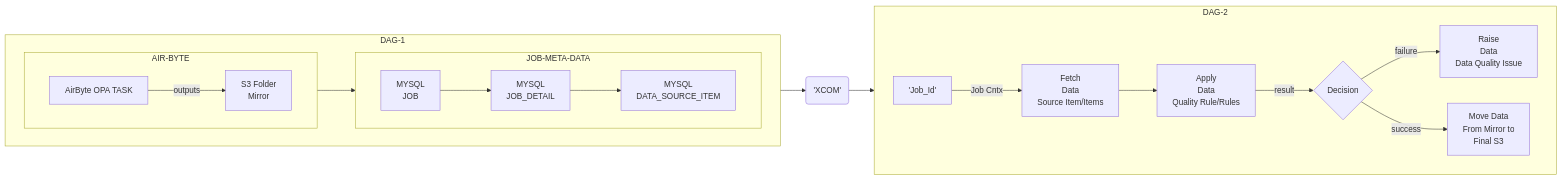
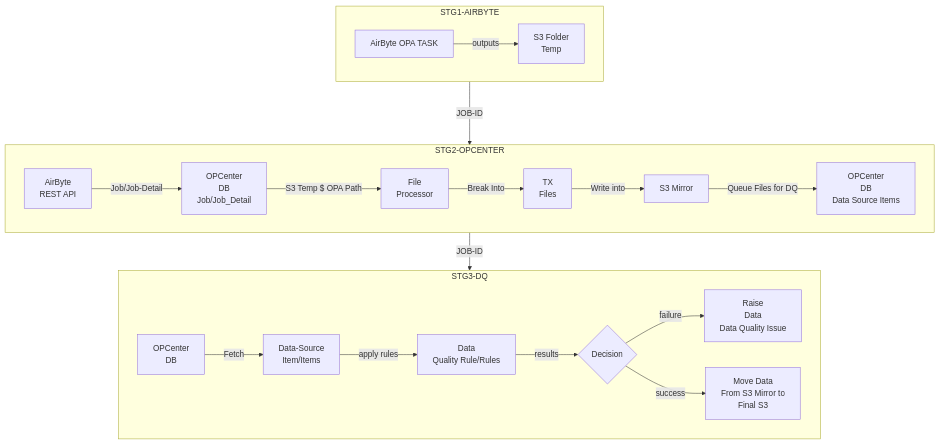
The diagram in dq_detailed_flow.md (peddadap/design_templates), drawn with Mermaid before and after one commit. The commit also changed 2 other files, not shown here.

Commit message:
preliminary dq review updates

````diff
--- a/dq_detailed_flow.md
+++ b/dq_detailed_flow.md
@@ -1,40 +1,44 @@
 ``` mermaid
-flowchart LR;
+flowchart TD;
 
-        subgraph "DAG-1"
+  
+            subgraph "STG1-AIRBYTE"
+                direction LR
+                stg1.A[AirByte OPA TASK]
+                stg1.B[S3 Folder \n Temp];
+            end
+            stg1.A-->|outputs|stg1.B
+            subgraph "STG2-OPCENTER"
+                direction LR
+                stg2.A[AirByte \n REST API]
+                stg2.B[ OPCenter \n DB \n Job/Job_Detail]
+                stg2.C[File  \n Processor]
+                stg2.D[TX \n Files]
+                stg2.E[S3 Mirror]
+                stg2.F[OPCenter \n DB \n Data Source Items ]
+                stg2.A -->|Job/Job-Detail|stg2.B
+                stg2.B-->|S3 Temp $ OPA Path|stg2.C
+                stg2.C-->| Break Into |stg2.D
+                stg2.D-->| Write into | stg2.E
+                stg2.E-->| Queue Files for DQ|stg2.F
+            end
+      
+        subgraph "STG3-DQ"
             direction LR
-            subgraph "AIR-BYTE"
-                direction LR
-                A[AirByte OPA TASK]
-                B[S3 Folder \n Mirror];
-            end
-            A-->|outputs|B
-            subgraph "JOB-META-DATA"
-                direction LR
-                C[MYSQL \n DATA_SOURCE_ITEM];
-                D[MYSQL \n JOB];
-                E[MYSQL \n JOB_DETAIL];
-            end
-            D-->E-->C
+            stg3.A[ OPCenter \n DB]
+            stg3.B[Data-Source \n Item/Items]
+            stg3.C[Data \n Quality Rule/Rules]
+            stg3.D{Decision}
+            stg3.E[Raise \n Data \n Data Quality Issue]
+            stg3.F[Move Data \n From S3 Mirror to \n Final S3]
+            stg3.A-->|Fetch|stg3.B
+            stg3.B-->|apply rules|stg3.C
+            stg3.C-->|results|stg3.D
+            stg3.D-->|failure| stg3.E
+            stg3.D-->|success| stg3.F
+            
         end
-        AIR-BYTE-->JOB-META-DATA
+    STG1-AIRBYTE --->| JOB-ID |STG2-OPCENTER
+    STG2-OPCENTER-->| JOB-ID|STG3-DQ
     
-        subgraph "DAG-2"
-            direction LR
-            G['Job_Id']-->|Job Cntx| H[Fetch \n Data \n Source Item/Items]
-            H-->I[Apply \n Data \n Quality Rule/Rules]
-            I-->|result| J{Decision}
-            J-->|failure| K[Raise \n Data \n Data Quality Issue]
-            J-->|success| L[Move Data \n From Mirror to \n Final S3]
-            
-
-        end
-
-    DAG-1-->X('XCOM')
-    X-->DAG-2
-    
-
-
-
-
 ```
````
